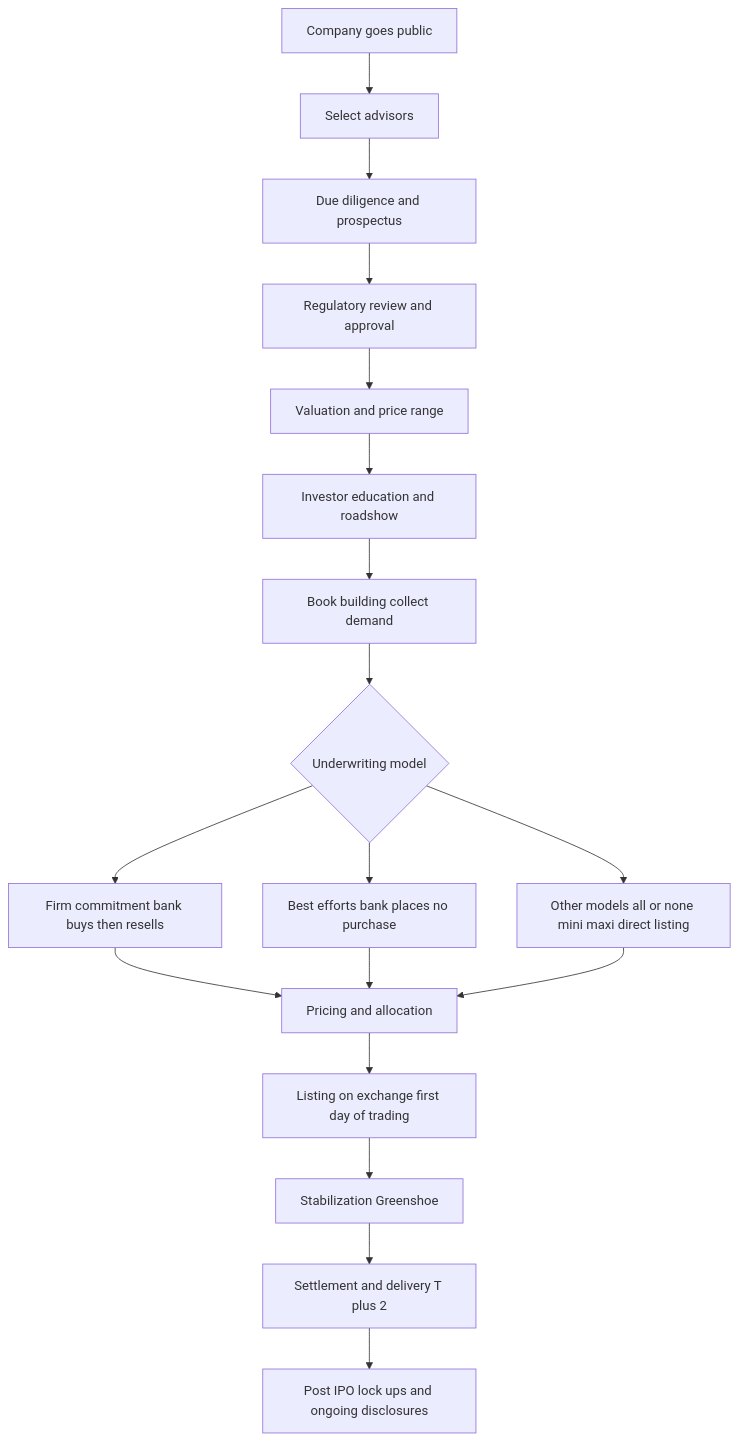
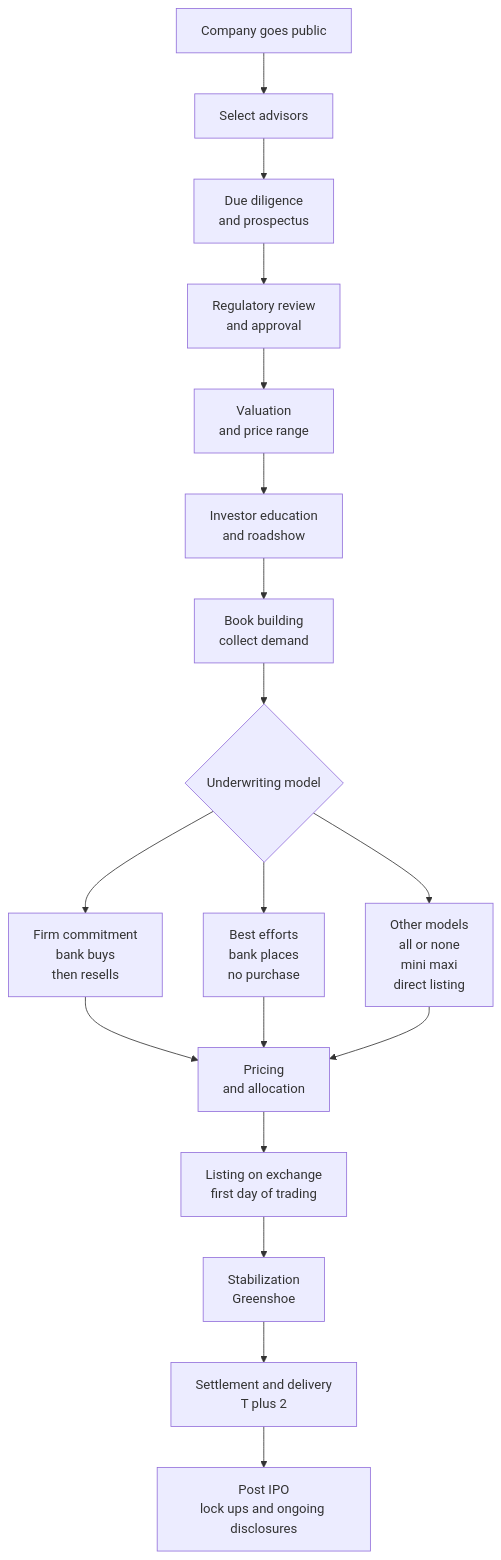
Before and after one commit to CheickPaul/Finance-Python-Learning-Portfolio: the diagram in epat--quantinsti/modules/m01_epat_primer/primer02_stock_market_basics/ipo_process.md, drawn with Mermaid.

````diff
--- a/epat--quantinsti/modules/m01_epat_primer/primer02_stock_market_basics/ipo_process.md
+++ b/epat--quantinsti/modules/m01_epat_primer/primer02_stock_market_basics/ipo_process.md
@@ -1,20 +1,22 @@
 ```mermaid
 flowchart TD
   A[Company goes public] --> B[Select advisors]
-  B --> C[Due diligence and prospectus]
-  C --> D[Regulatory review and approval]
-  D --> E[Valuation and price range]
-  E --> F[Investor education and roadshow]
-  F --> G[Book building collect demand]
+  B --> C[Due diligence<br/>and prospectus]
+  C --> D[Regulatory review<br/>and approval]
+  D --> E[Valuation<br/>and price range]
+  E --> F[Investor education<br/>and roadshow]
+  F --> G[Book building<br/>collect demand]
   G --> H{Underwriting model}
-  H --> H1[Firm commitment bank buys then resells]
-  H --> H2[Best efforts bank places no purchase]
-  H --> H3[Other models all or none mini maxi direct listing]
-  H1 --> I[Pricing and allocation]
+
+  H --> H1["Firm commitment<br/>bank buys<br/>then resells"]
+  H --> H2["Best efforts<br/>bank places<br/>no purchase"]
+  H --> H3["Other models<br/>all or none<br/>mini maxi<br/>direct listing"]
+
+  H1 --> I[Pricing<br/>and allocation]
   H2 --> I
   H3 --> I
-  I --> J[Listing on exchange first day of trading]
-  J --> K[Stabilization Greenshoe]
-  K --> L[Settlement and delivery T plus 2]
-  L --> M[Post IPO lock ups and ongoing disclosures]
+  I --> J[Listing on exchange<br/>first day of trading]
+  J --> K[Stabilization<br/>Greenshoe]
+  K --> L[Settlement and delivery<br/>T plus 2]
+  L --> M[Post IPO<br/>lock ups and ongoing disclosures]
 ```
````
